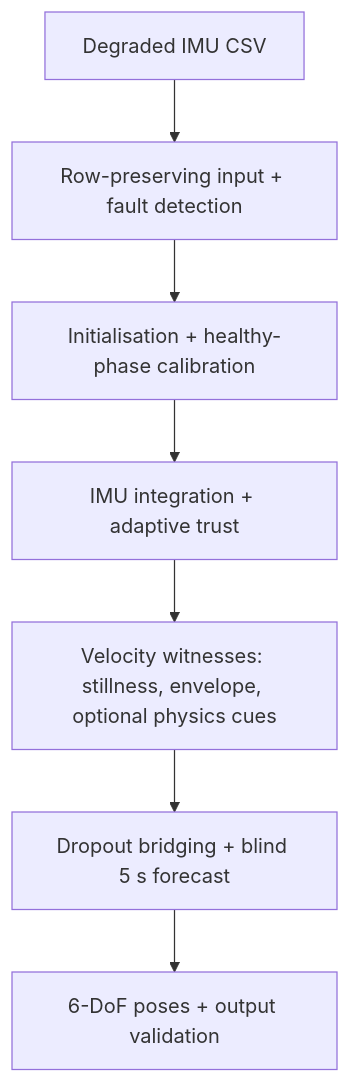
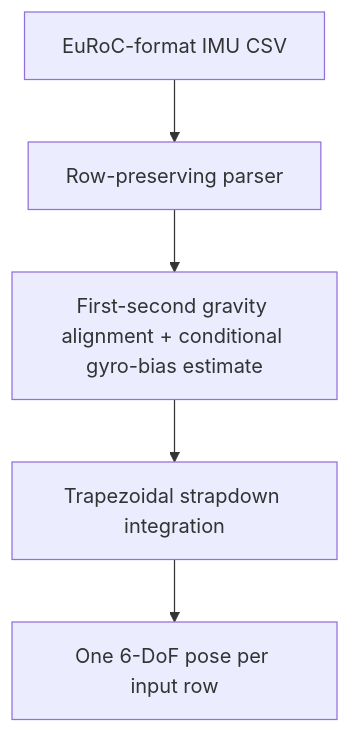
Before and after one commit to ArnavJain2005/Vortex: the diagram in README.md, drawn with Mermaid. The commit also changed other lines of this file, not shown here.

Commit message:
Update README for strapdown baseline and real MH_01 results

````diff
--- a/README.md
+++ b/README.md
@@ -34,9 +34,7 @@
 ```mermaid
 flowchart TD
-    A["Degraded IMU CSV"] --> B["Row-preserving input + fault detection"]
-    B --> C["Initialisation + healthy-phase calibration"]
-    C --> D["IMU integration + adaptive trust"]
-    D --> E["Velocity witnesses: stillness, envelope, optional physics cues"]
-    E --> F["Dropout bridging + blind 5 s forecast"]
-    F --> G["6-DoF poses + output validation"]
+    A["EuRoC-format IMU CSV"] --> B["Row-preserving parser"]
+    B --> C["First-second gravity alignment + conditional gyro-bias estimate"]
+    C --> D["Trapezoidal strapdown integration"]
+    D --> E["One 6-DoF pose per input row"]
 ```
````
